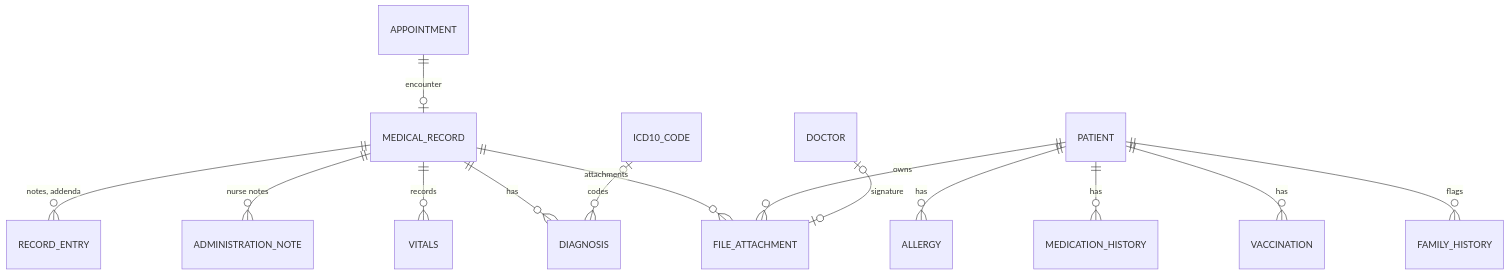
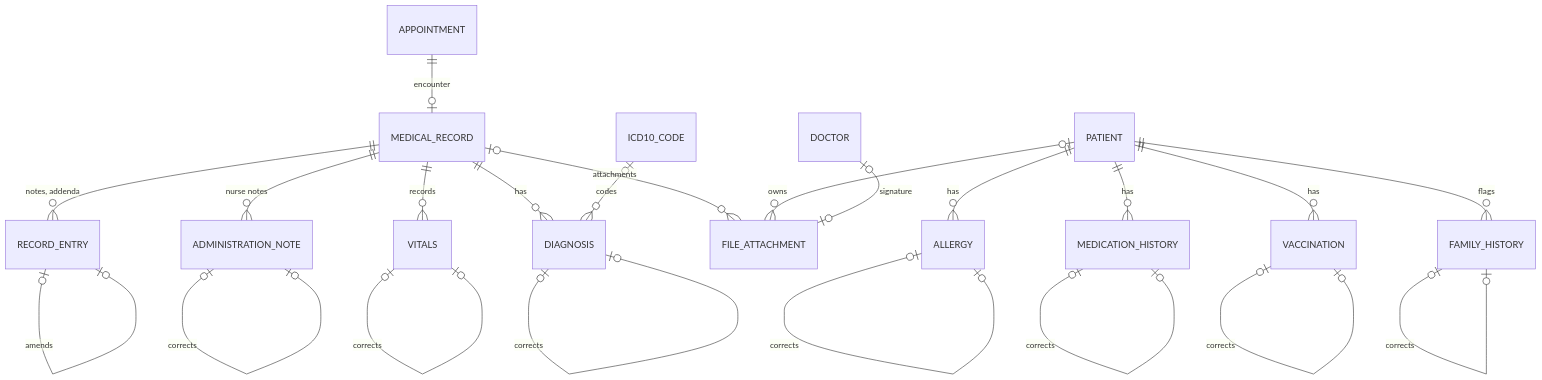
One commit to laharisrgupta06/MedCore-HMS changed the second of 4 diagrams in docs/database-schema.md. Above: the diagram before and after it, drawn with Mermaid. The commit also changed other lines of this file and 3 other files, not shown here.

First line of the commit message:
feat(db): schema revision 2 - corrections, composite tenant keys, PRD gaps

````diff
--- a/docs/database-schema.md
+++ b/docs/database-schema.md
@@ -79,16 +131,24 @@
 ```mermaid
 erDiagram
-  APPOINTMENT ||--o| MEDICAL_RECORD : "encounter"
+  APPOINTMENT ||--o| MEDICAL_RECORD : encounter
   MEDICAL_RECORD ||--o{ RECORD_ENTRY : "notes, addenda"
+  RECORD_ENTRY |o--o| RECORD_ENTRY : "amends"
   MEDICAL_RECORD ||--o{ ADMINISTRATION_NOTE : "nurse notes"
+  ADMINISTRATION_NOTE |o--o| ADMINISTRATION_NOTE : "corrects"
   MEDICAL_RECORD ||--o{ VITALS : records
+  VITALS |o--o| VITALS : "corrects"
   MEDICAL_RECORD ||--o{ DIAGNOSIS : has
+  DIAGNOSIS |o--o| DIAGNOSIS : "corrects"
   ICD10_CODE |o--o{ DIAGNOSIS : codes
-  MEDICAL_RECORD ||--o{ FILE_ATTACHMENT : attachments
+  MEDICAL_RECORD |o--o{ FILE_ATTACHMENT : attachments
   PATIENT ||--o{ ALLERGY : has
+  ALLERGY |o--o| ALLERGY : "corrects"
   PATIENT ||--o{ MEDICATION_HISTORY : has
+  MEDICATION_HISTORY |o--o| MEDICATION_HISTORY : "corrects"
   PATIENT ||--o{ VACCINATION : has
-  PATIENT ||--o{ FAMILY_HISTORY : "flags"
-  PATIENT ||--o{ FILE_ATTACHMENT : owns
+  VACCINATION |o--o| VACCINATION : "corrects"
+  PATIENT ||--o{ FAMILY_HISTORY : flags
+  FAMILY_HISTORY |o--o| FAMILY_HISTORY : "corrects"
+  PATIENT |o--o{ FILE_ATTACHMENT : owns
   DOCTOR |o--o| FILE_ATTACHMENT : signature
 ```
````
